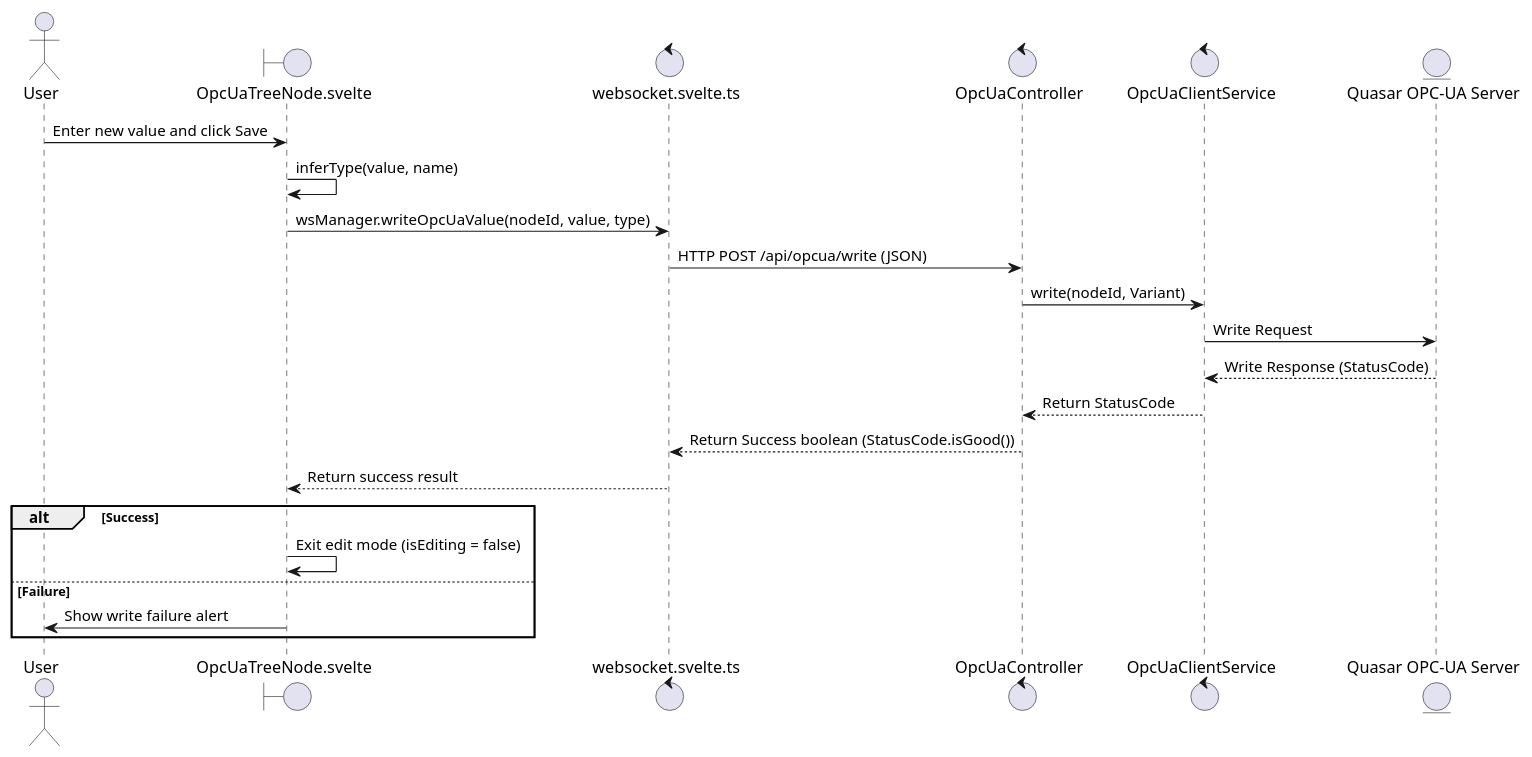
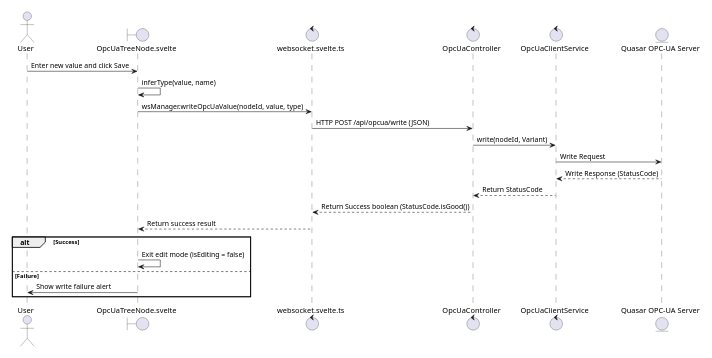
The fifth of 11 diagrams in doc/docs/architecture/Svelte-Frontend-Analysis.md (mlecabellec/nunki), drawn with PlantUML before and after one commit. The commit also changed other lines of this file and 7 other files, not shown here.

````diff
--- a/doc/docs/architecture/Svelte-Frontend-Analysis.md
+++ b/doc/docs/architecture/Svelte-Frontend-Analysis.md
@@ -283,26 +287,27 @@
 ```plantuml
 @startuml
+scale max 600 width
 actor User
 boundary "OpcUaTreeNode.svelte" as UI
 control "websocket.svelte.ts" as WS
 control "OpcUaController" as Ctrl
 control "OpcUaClientService" as Milo
 entity "Quasar OPC-UA Server" as Quasar
 
 User -> UI : Enter new value and click Save
 UI -> UI : inferType(value, name)
 UI -> WS : wsManager.writeOpcUaValue(nodeId, value, type)
 WS -> Ctrl : HTTP POST /api/opcua/write (JSON)
 Ctrl -> Milo : write(nodeId, Variant)
 Milo -> Quasar : Write Request
 Quasar --> Milo : Write Response (StatusCode)
 Milo --> Ctrl : Return StatusCode
 Ctrl --> WS : Return Success boolean (StatusCode.isGood())
 WS --> UI : Return success result
 alt Success
   UI -> UI : Exit edit mode (isEditing = false)
 else Failure
   UI -> User : Show write failure alert
 end
 @enduml
 ```
````
